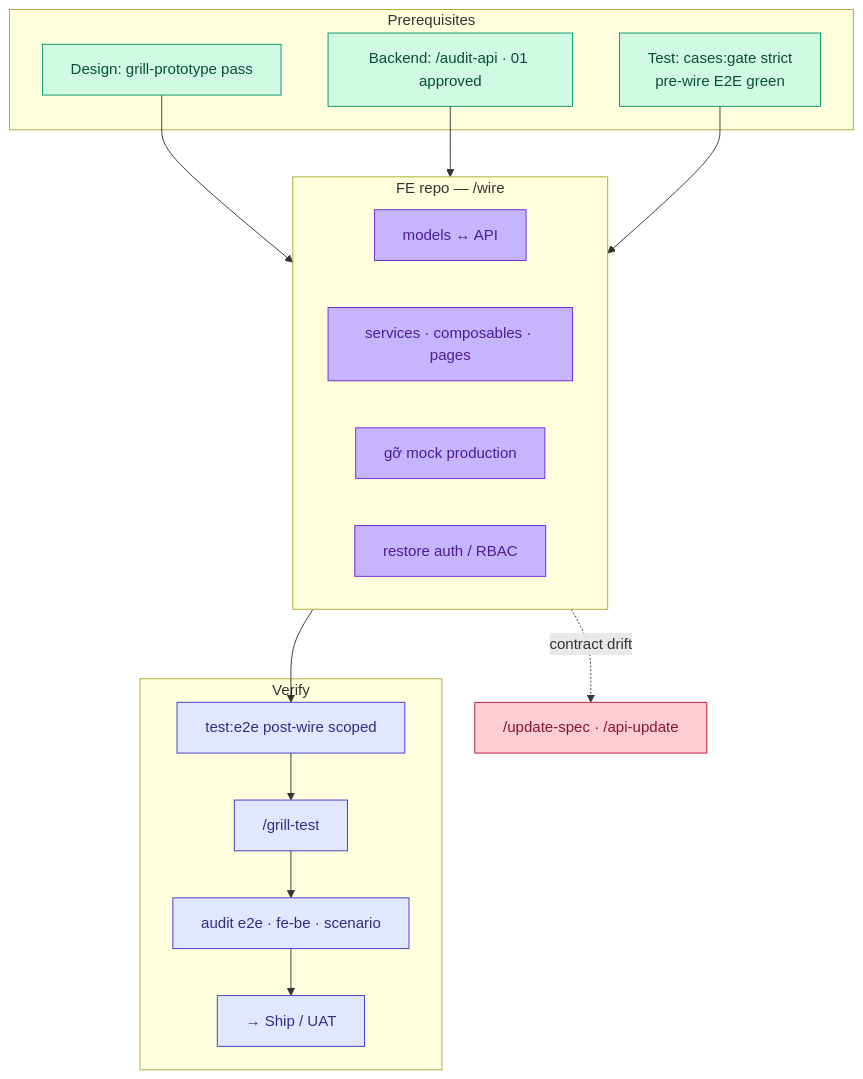
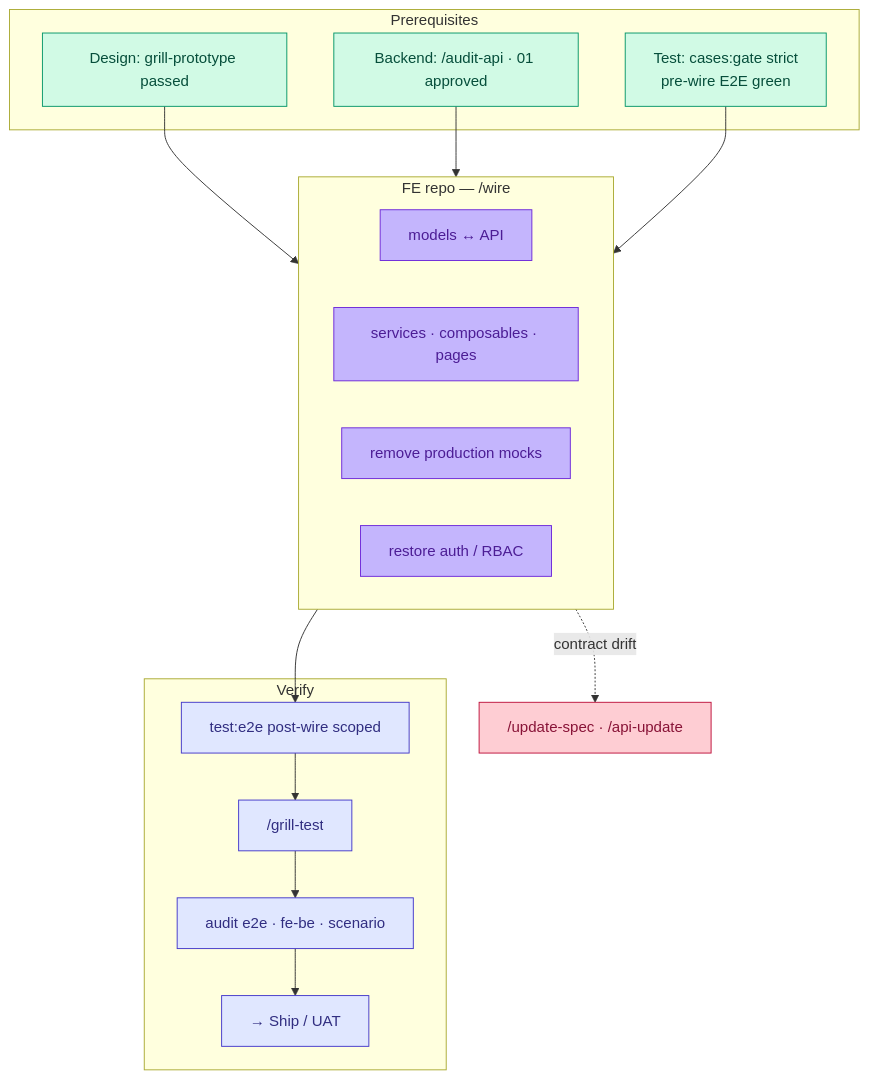
The first of 2 diagrams in workflows/wire.md (ShanYuCoder/flowgrid-docs), drawn with Mermaid before and after one commit. The commit also changed other lines of this file and 348 other files, not shown here.

````diff
--- a/workflows/wire.md
+++ b/workflows/wire.md
@@ -13,40 +13,40 @@
 ```mermaid
 flowchart TD
   subgraph IN["Prerequisites"]
-    D["Design: grill-prototype pass"]
+    D["Design: grill-prototype passed"]
     B["Backend: /audit-api · 01 approved"]
     T["Test: cases:gate strict\npre-wire E2E green"]
   end
 
   subgraph WIRE["FE repo — /wire"]
     M["models ↔ API"]
     SVC["services · composables · pages"]
-    UM["gỡ mock production"]
+    UM["remove production mocks"]
     AUTH["restore auth / RBAC"]
   end
 
   subgraph OUT["Verify"]
     E2E["test:e2e post-wire scoped"]
     GT["/grill-test"]
     AUD["audit e2e · fe-be · scenario"]
     SHIP["→ Ship / UAT"]
   end
 
   D --> WIRE
   B --> WIRE
   T --> WIRE
   WIRE --> E2E --> GT --> AUD --> SHIP
 
   US["/update-spec · /api-update"]
   WIRE -.->|contract drift| US
 
   classDef in fill:#D1FAE5,stroke:#059669,color:#064E3B
   classDef wire fill:#C4B5FD,stroke:#6D28D9,color:#4C1D95
   classDef out fill:#E0E7FF,stroke:#4338CA,color:#312E81
   classDef gap fill:#FECDD3,stroke:#BE123C,color:#881337
 
   class D,B,T in
   class M,SVC,UM,AUTH wire
   class E2E,GT,AUD,SHIP out
   class US gap
 ```
````
